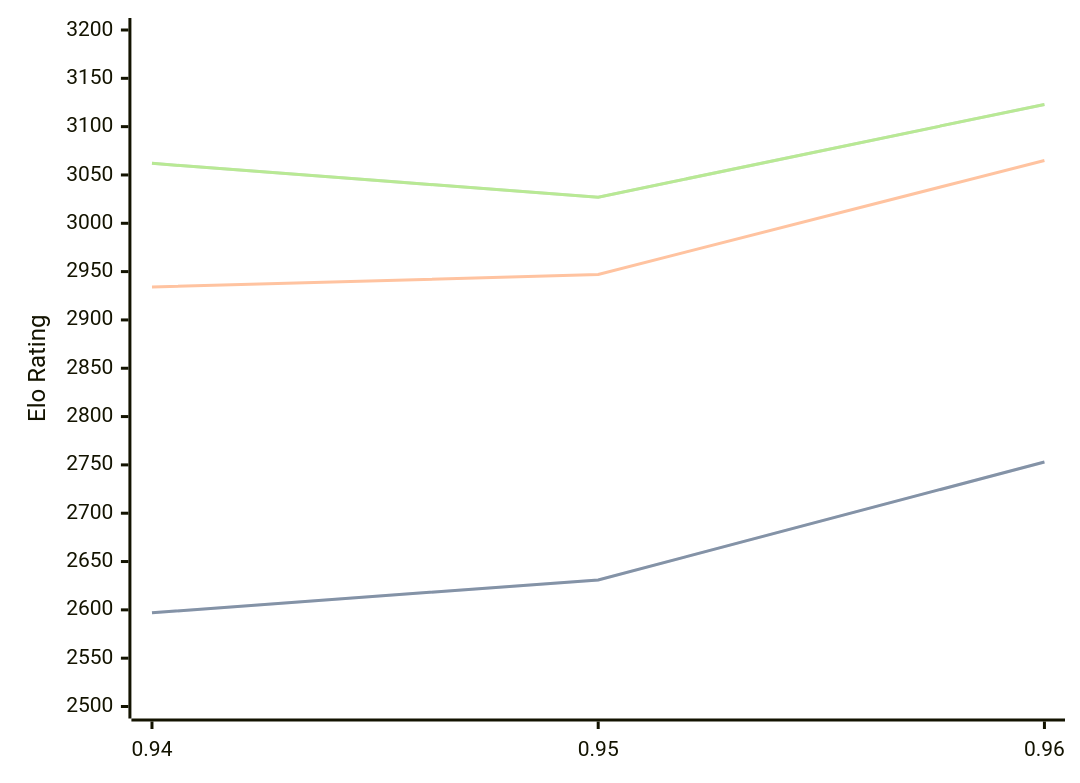
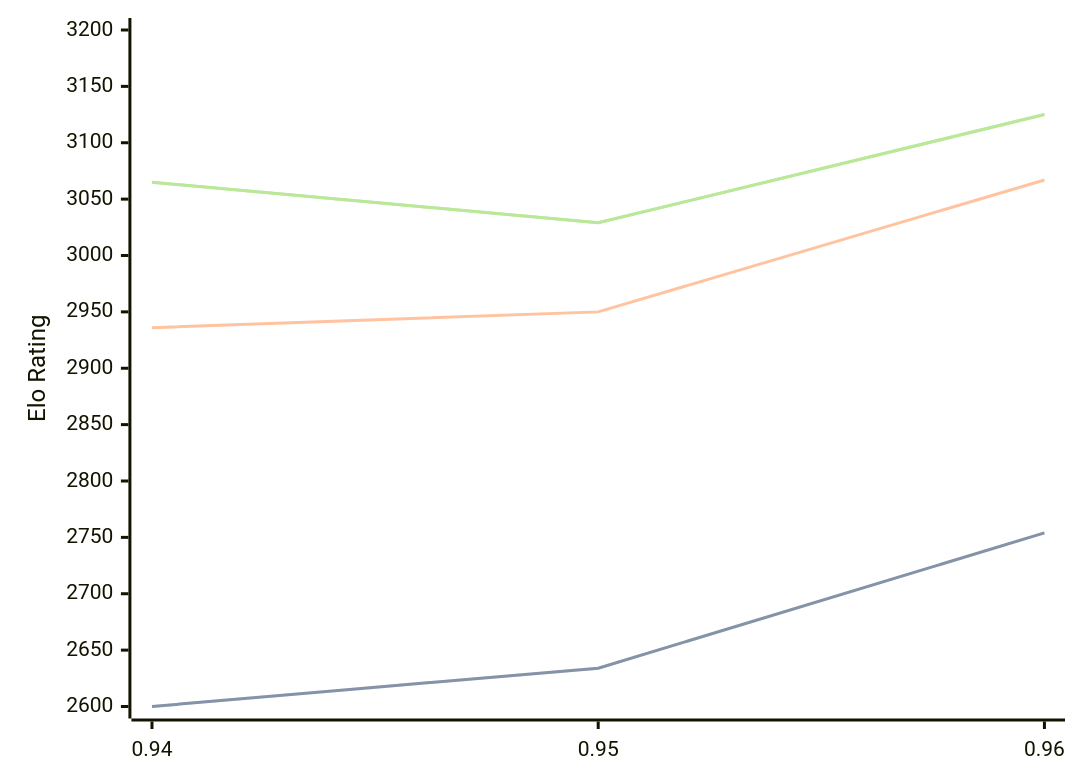
Before and after one commit to computer-chess-index/cci: the diagram in engines/Myrddin.md, drawn with Mermaid. The commit also changed other lines of this file, not shown here.

Commit message:
Update CCI Ratings (ELO VLTC) - 2026-09-24

````diff
--- a/engines/Myrddin.md
+++ b/engines/Myrddin.md
@@ -33,11 +33,11 @@
 ```mermaid
 %%{init: {"theme":"base","themeVariables":{"seriesColors:['#a3a3a3','#222221','#faa371']}}}%%
 xychart-beta
   x-axis ["0.94", "0.95", "0.96"]
-  y-axis "Elo Rating" 2500 --> 3200
-  line "" [2597, 2631, 2753]
-  line "STC (8.0+0.08s)" [2597, 2631, 2753]
-  line "LTC (60.0+0.60s)" [2934, 2947, 3065]
-  line "" [3062, 3027, 3123]
-  line "VLTC (2m24s+1.12s)" [3062, 3027, 3123]
+  y-axis "Elo Rating" 2600 --> 3200
+  line "" [2600, 2634, 2754]
+  line "STC (8.0+0.08s)" [2600, 2634, 2754]
+  line "LTC (60.0+0.60s)" [2936, 2950, 3067]
+  line "" [3065, 3029, 3125]
+  line "VLTC (2m24s+1.12s)" [3065, 3029, 3125]
 ```
````
